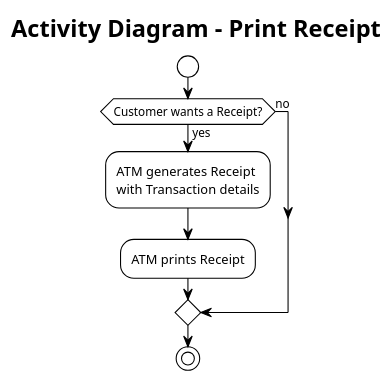
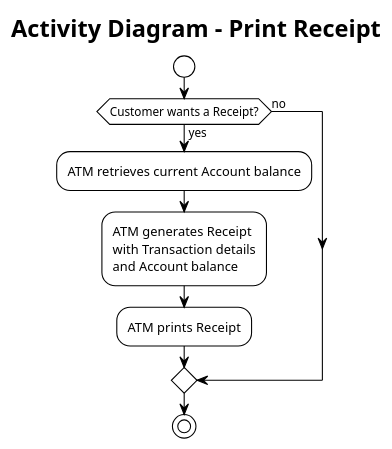
Before and after one commit to marcelRonner/jarvis: the diagram in docs/use_case/print_receipt/printReceipt.puml, drawn with PlantUML. The commit also changed 6 other files, not shown here.

```diff
--- a/docs/use_case/print_receipt/printReceipt.puml
+++ b/docs/use_case/print_receipt/printReceipt.puml
@@ -1,15 +1,16 @@
 @startuml PrintReceipt
 !theme plain
 title Activity Diagram – Print Receipt
 
 start
 
 if (Customer wants a Receipt?) then (yes)
-  :ATM generates Receipt\nwith Transaction details;
+  :ATM retrieves current Account balance;
+  :ATM generates Receipt\nwith Transaction details\nand Account balance;
   :ATM prints Receipt;
 else (no)
 endif
 
 stop
 
 @enduml
```
